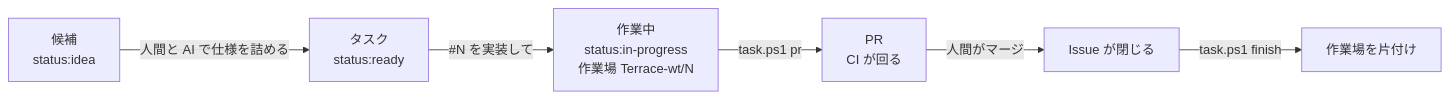
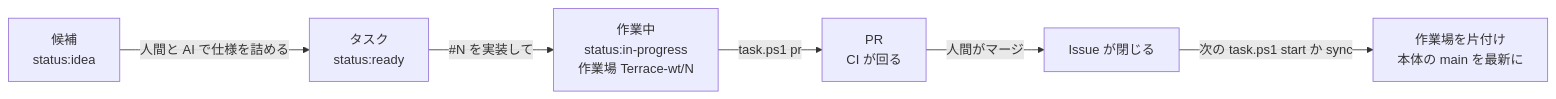
The diagram in docs/guides/task-workflow.md (OskaKim/Terrace), drawn with Mermaid before and after one commit. The commit also changed other lines of this file and 3 other files, not shown here.

````diff
--- a/docs/guides/task-workflow.md
+++ b/docs/guides/task-workflow.md
@@ -19,8 +19,8 @@
 ```mermaid
 flowchart LR
   I["候補<br/>status:idea"] -- 人間と AI で仕様を詰める --> R["タスク<br/>status:ready"]
   R -- "#N を実装して" --> P["作業中<br/>status:in-progress<br/>作業場 Terrace-wt/N"]
   P -- task.ps1 pr --> PR["PR<br/>CI が回る"]
   PR -- 人間がマージ --> D["Issue が閉じる"]
-  D -- task.ps1 finish --> X["作業場を片付け"]
+  D -- 次の task.ps1 start か sync --> X["作業場を片付け<br/>本体の main を最新に"]
 ```
````
